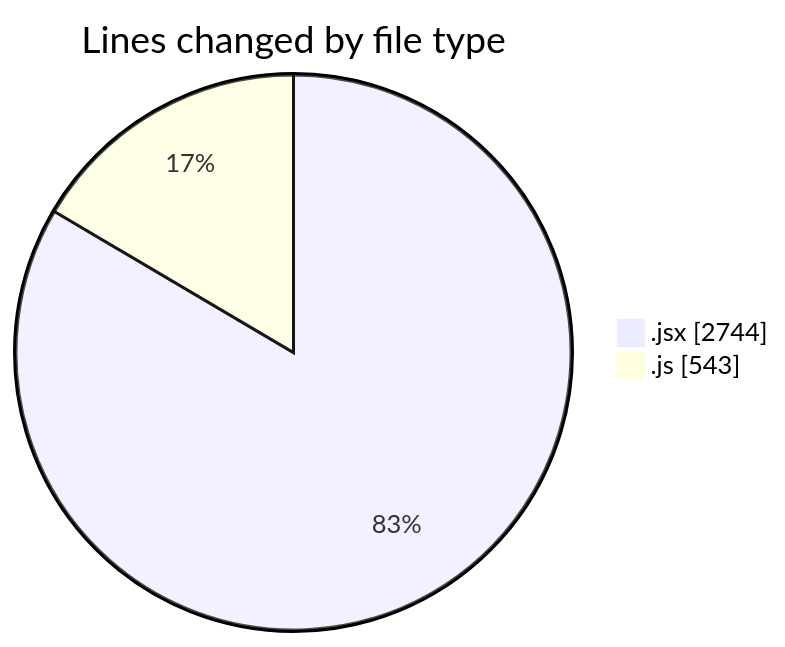
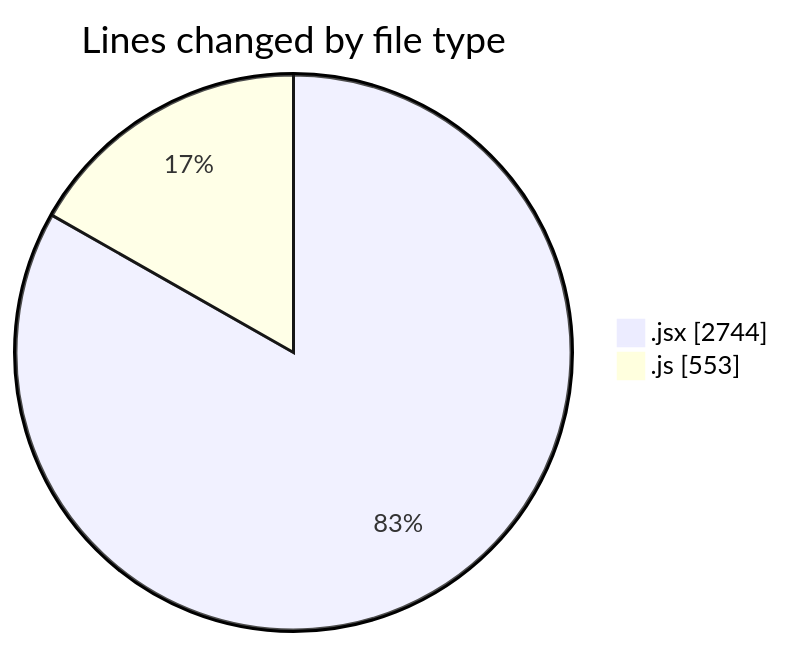
One commit to nxtqubesakshisongat/code-tracking changed the first of 2 diagrams in 2025-12-30/nxtqube_webapp/README.md. Above: the diagram before and after it, drawn with Mermaid. The commit also changed other lines of this file and 1 other file, not shown here.

````diff
--- a/2025-12-30/nxtqube_webapp/README.md
+++ b/2025-12-30/nxtqube_webapp/README.md
@@ -25,6 +25,6 @@
 ```mermaid
 pie showData
 title Lines changed by file type
 ".jsx" : 2744
-".js" : 543
+".js" : 553
 ```
````
